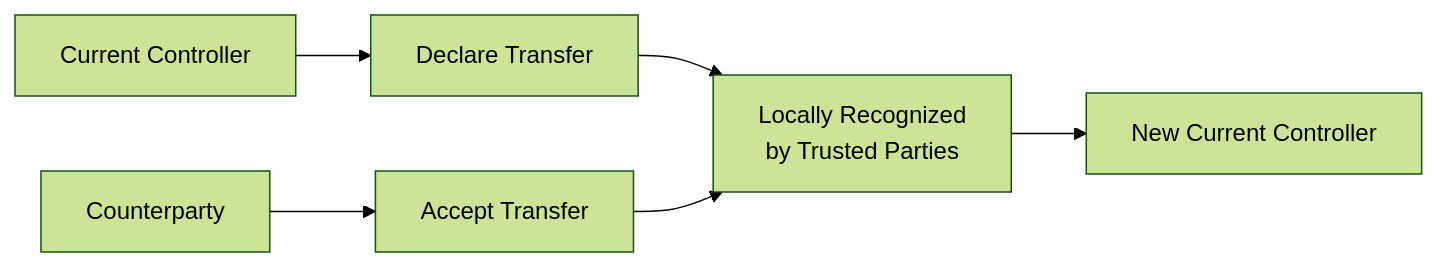
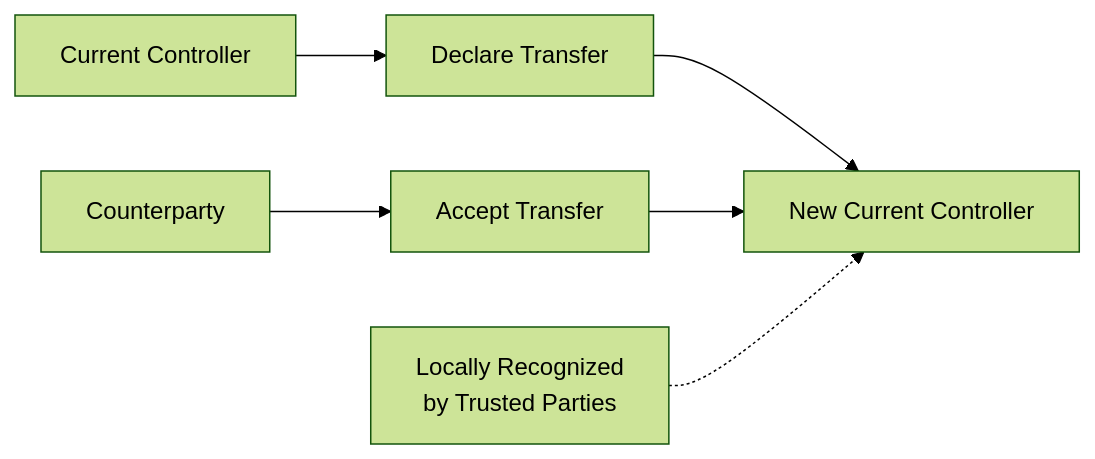
One commit to trbouma/openetr changed the fourth of 7 diagrams in docs/specs/CANONICAL_ETR_TRANSACTION_INFOGRAPHIC.md. Above: the diagram before and after it, drawn with Mermaid (forest theme). The commit also changed other lines of this file, not shown here.

Commit message:
update diagram

````diff
--- a/docs/specs/CANONICAL_ETR_TRANSACTION_INFOGRAPHIC.md
+++ b/docs/specs/CANONICAL_ETR_TRANSACTION_INFOGRAPHIC.md
@@ -57,8 +65,8 @@
 ```mermaid
 flowchart LR
     A["Current Controller"] --> B["Declare Transfer"]
     C["Counterparty"] --> D["Accept Transfer"]
-    B --> E["Locally Recognized<br>by Trusted Parties"]
+    B --> E["New Current Controller"]
     D --> E
-    E --> F["New Current Controller"]
+    F["Locally Recognized<br>by Trusted Parties"] -.-> E
 ```
````
